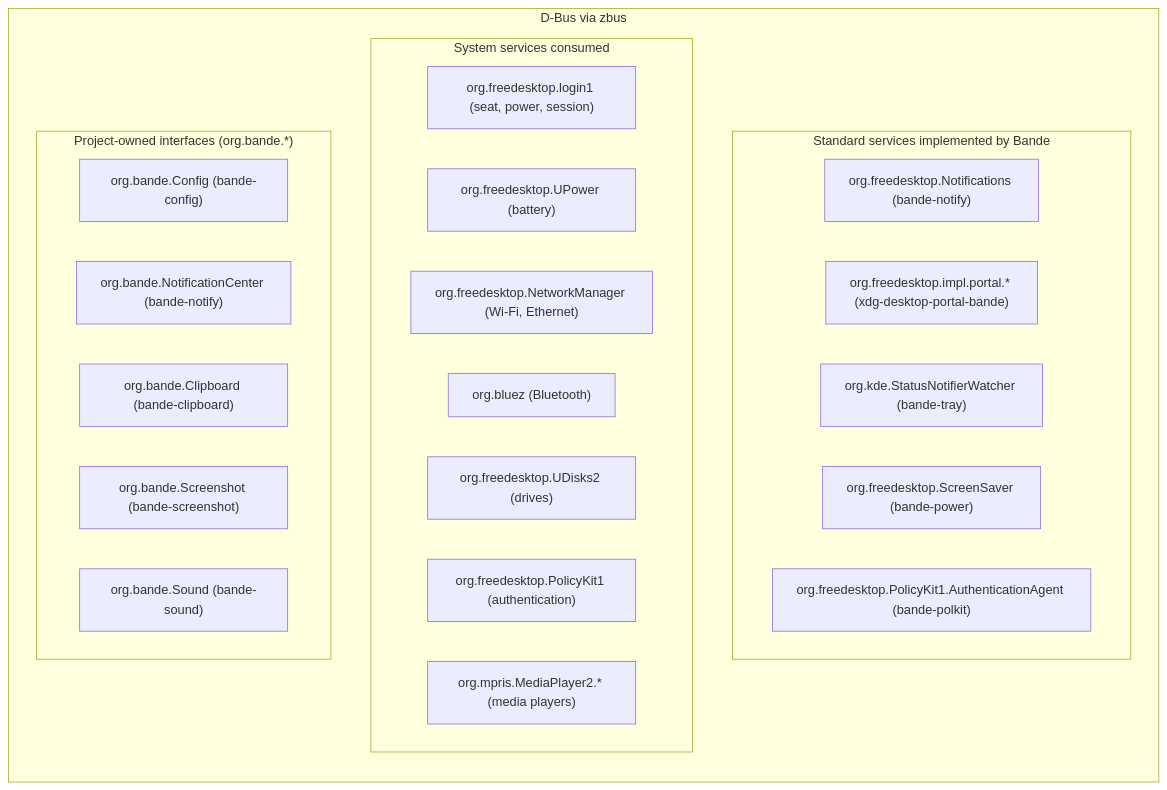
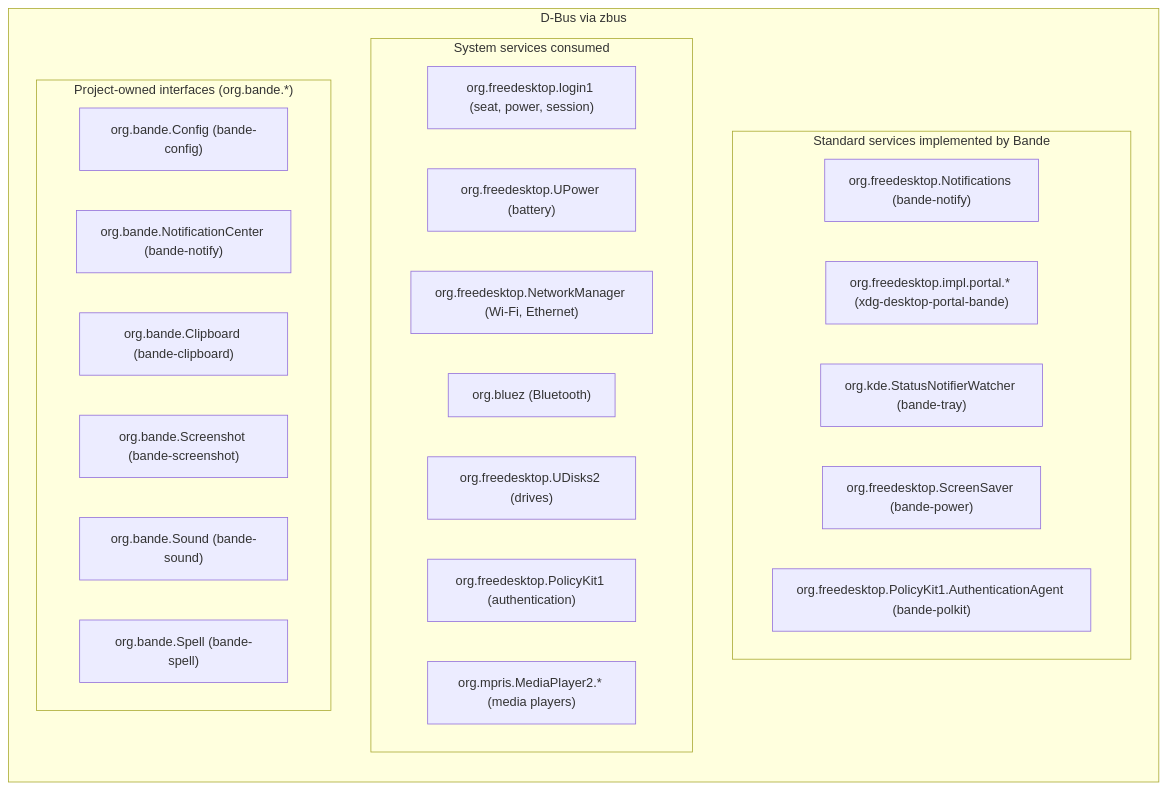
The second of 2 diagrams in docs/architecture/session.md (bande-linux/desktop), drawn with Mermaid before and after one commit. The commit also changed other lines of this file and 17 other files, not shown here.

Commit message:
Add the bande-spell spelling service

````diff
--- a/docs/architecture/session.md
+++ b/docs/architecture/session.md
@@ -529,29 +529,30 @@
 ```mermaid
 graph TD
     subgraph "D-Bus via zbus"
         direction TB
         subgraph "Standard services implemented by Bande"
             IMP1["org.freedesktop.Notifications (bande-notify)"]
             IMP2["org.freedesktop.impl.portal.* (xdg-desktop-portal-bande)"]
             IMP3["org.kde.StatusNotifierWatcher (bande-tray)"]
             IMP4["org.freedesktop.ScreenSaver (bande-power)"]
             IMP5["org.freedesktop.PolicyKit1.AuthenticationAgent (bande-polkit)"]
         end
         subgraph "System services consumed"
             CON1["org.freedesktop.login1 (seat, power, session)"]
             CON2["org.freedesktop.UPower (battery)"]
             CON3["org.freedesktop.NetworkManager (Wi-Fi, Ethernet)"]
             CON4["org.bluez (Bluetooth)"]
             CON5["org.freedesktop.UDisks2 (drives)"]
             CON6["org.freedesktop.PolicyKit1 (authentication)"]
             CON7["org.mpris.MediaPlayer2.* (media players)"]
         end
         subgraph "Project-owned interfaces (org.bande.*)"
             OWN1["org.bande.Config (bande-config)"]
             OWN2["org.bande.NotificationCenter (bande-notify)"]
             OWN3["org.bande.Clipboard (bande-clipboard)"]
             OWN4["org.bande.Screenshot (bande-screenshot)"]
             OWN5["org.bande.Sound (bande-sound)"]
+            OWN6["org.bande.Spell (bande-spell)"]
         end
     end
 ```
````
